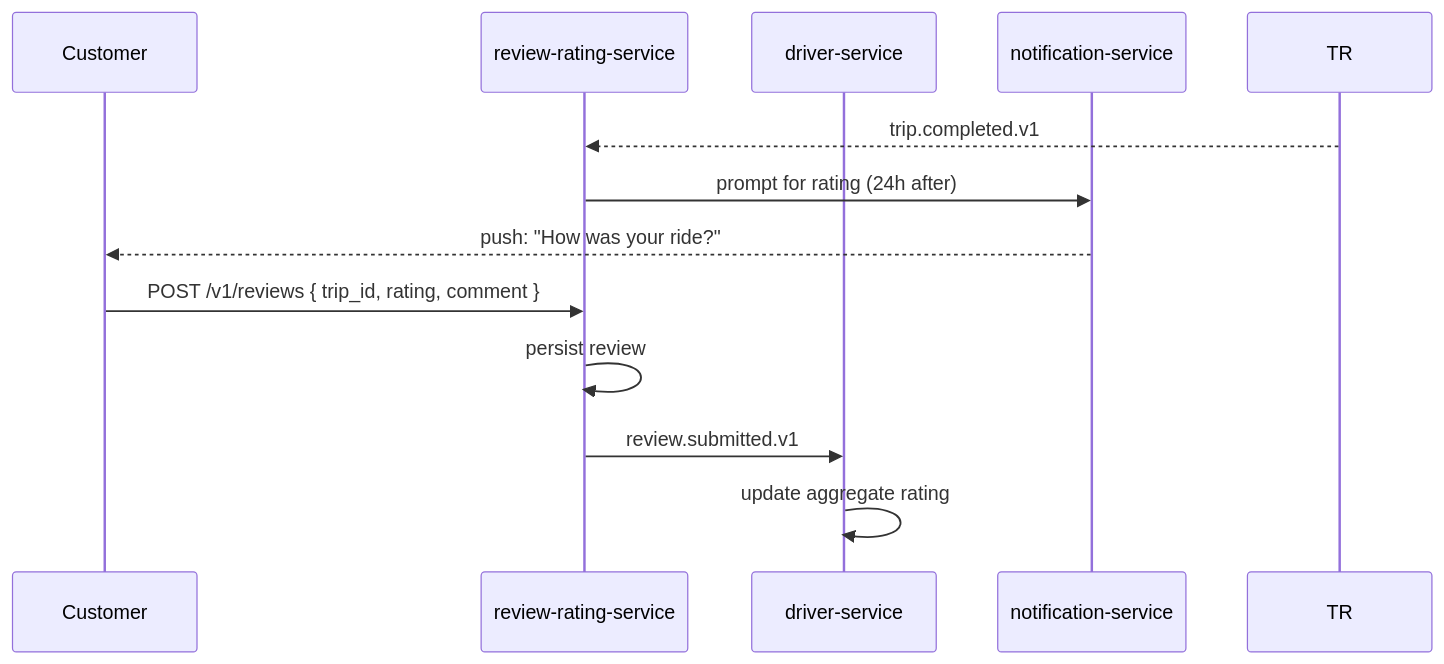
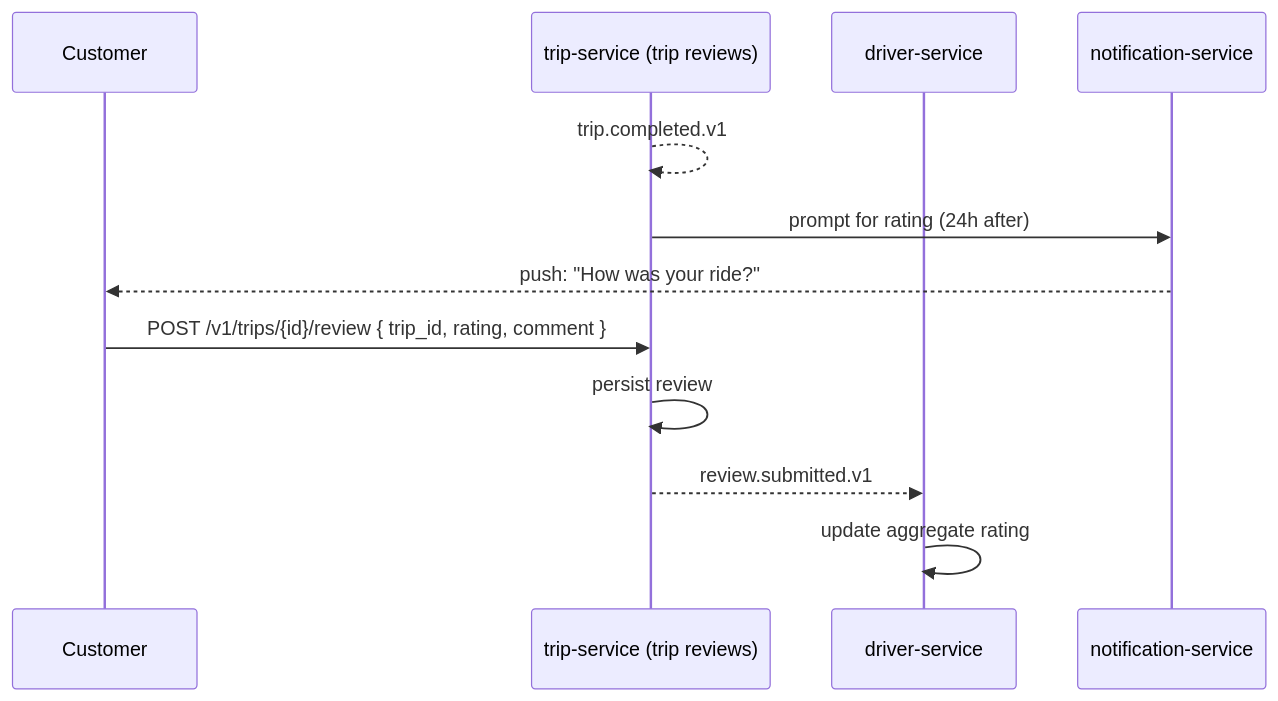
Diagram 13 of 14 in docs/workflows/RIDE_WORKFLOWS.md (mohamedhabibwork/trips-enjoy-docs), drawn with Mermaid before and after one commit. The commit also changed other lines of this file and 525 other files, not shown here.

````diff
--- a/docs/workflows/RIDE_WORKFLOWS.md
+++ b/docs/workflows/RIDE_WORKFLOWS.md
@@ -325,15 +315,15 @@
 ```mermaid
 sequenceDiagram
     participant C as Customer
-    participant REV as review-rating-service
-    participant DR as driver-service
+    participant TR as trip-service (trip reviews)
+    participant DRV as driver-service
     participant NOT as notification-service
 
-    TR-->>REV: trip.completed.v1
-    REV->>NOT: prompt for rating (24h after)
+    TR-->>TR: trip.completed.v1
+    TR->>NOT: prompt for rating (24h after)
     NOT-->>C: push: "How was your ride?"
-    C->>REV: POST /v1/reviews { trip_id, rating, comment }
-    REV->>REV: persist review
-    REV->>DR: review.submitted.v1
-    DR->>DR: update aggregate rating
+    C->>TR: POST /v1/trips/{id}/review { trip_id, rating, comment }
+    TR->>TR: persist review
+    TR-->>DRV: review.submitted.v1
+    DRV->>DRV: update aggregate rating
 ```
````
